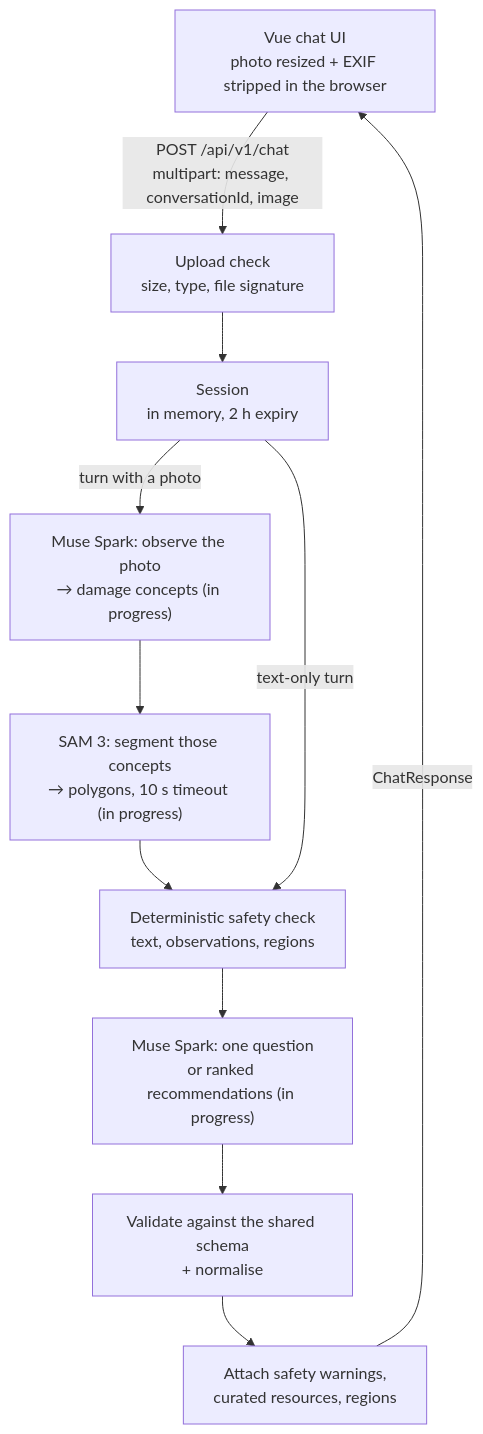
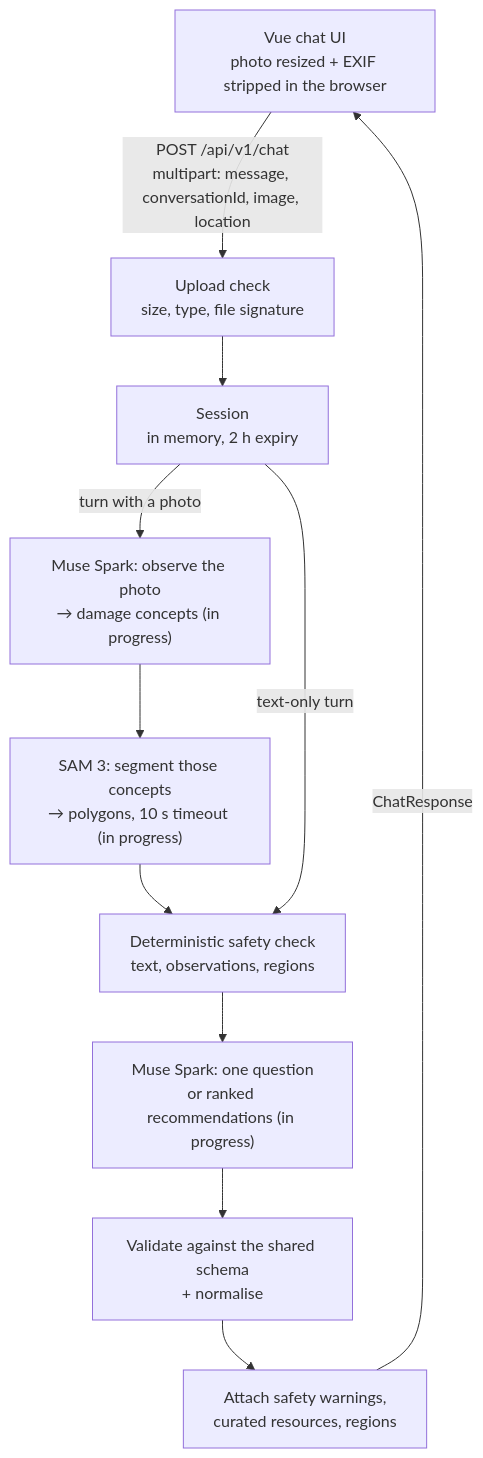
One commit to vonnue-akhil/SecondLife-AI changed the diagram in README.md. Above: the diagram before and after it, drawn with Mermaid. The commit also changed other lines of this file and 22 other files, not shown here.

````diff
--- a/README.md
+++ b/README.md
@@ -68,14 +69,14 @@
 ```mermaid
 flowchart TD
     UI["Vue chat UI<br/>photo resized + EXIF stripped in the browser"]
-    UI -->|"POST /api/v1/chat<br/>multipart: message, conversationId, image"| UP["Upload check<br/>size, type, file signature"]
+    UI -->|"POST /api/v1/chat<br/>multipart: message, conversationId, image, location"| UP["Upload check<br/>size, type, file signature"]
     UP --> S["Session<br/>in memory, 2 h expiry"]
     S -->|"turn with a photo"| OBS["Muse Spark: observe the photo<br/>→ damage concepts (in progress)"]
     OBS --> SEG["SAM 3: segment those concepts<br/>→ polygons, 10 s timeout (in progress)"]
     SEG --> SAFE
     S -->|"text-only turn"| SAFE["Deterministic safety check<br/>text, observations, regions"]
     SAFE --> RESP["Muse Spark: one question<br/>or ranked recommendations (in progress)"]
     RESP --> VAL["Validate against the shared schema<br/>+ normalise"]
     VAL --> ATT["Attach safety warnings,<br/>curated resources, regions"]
     ATT -->|"ChatResponse"| UI
 ```
````
